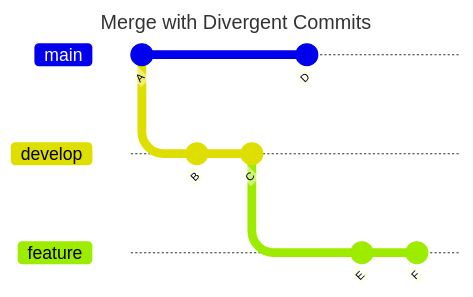
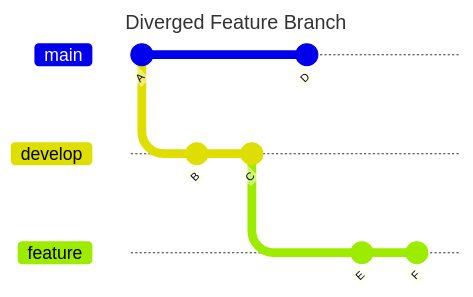
Before and after one commit to robertwalker/DemoSandbox: diagram 11 of 19 in demos/IntermediateGit.md, drawn with Mermaid. The commit also changed other lines of this file, not shown here.

````diff
--- a/demos/IntermediateGit.md
+++ b/demos/IntermediateGit.md
@@ -246,20 +248,20 @@
 ```mermaid
 ---
-title: Merge with Divergent Commits
+title: Diverged Feature Branch
 config:
   theme: default
 mainBranchName: main
 ---
 gitGraph:
     commit id: "A"
     branch develop
     checkout develop
     commit id: "B"
     commit id: "C"
     checkout main
     commit id: "D"
     checkout develop
     branch feature
     commit id: "E"
     commit id: "F"
 ```
````
